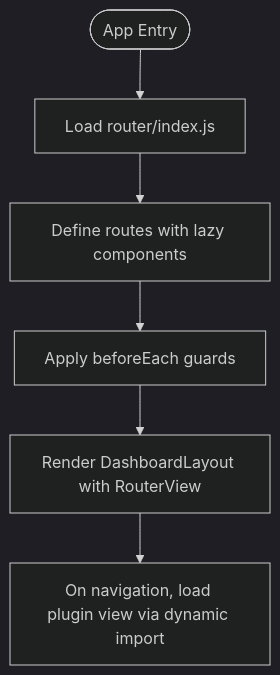
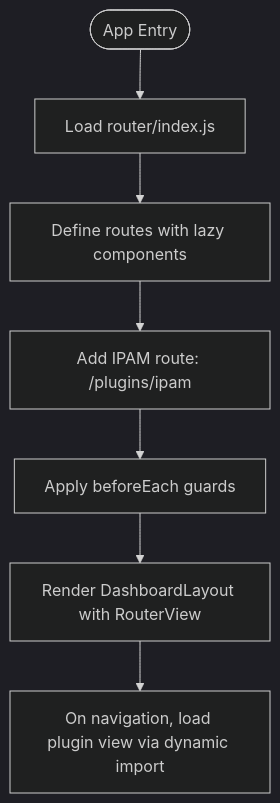
Before and after one commit to Nikita5543/New-SSO-02: the sixth of 10 diagrams in .qoder/repowiki/en/content/Plugin System Architecture/Frontend Plugin Integration.md, drawn with Mermaid (dark theme). The commit also changed other lines of this file and 3 other files, not shown here.

````diff
--- a/.qoder/repowiki/en/content/Plugin System Architecture/Frontend Plugin Integration.md
+++ b/.qoder/repowiki/en/content/Plugin System Architecture/Frontend Plugin Integration.md
@@ -238,8 +268,9 @@
 ```mermaid
 flowchart TD
 Entry(["App Entry"]) --> LoadRouter["Load router/index.js"]
 LoadRouter --> DefineRoutes["Define routes with lazy components"]
-DefineRoutes --> Guard["Apply beforeEach guards"]
+DefineRoutes --> AddIPAM["Add IPAM route: /plugins/ipam"]
+AddIPAM --> Guard["Apply beforeEach guards"]
 Guard --> Render["Render DashboardLayout with RouterView"]
 Render --> Lazy["On navigation, load plugin view via dynamic import"]
 ```
````
